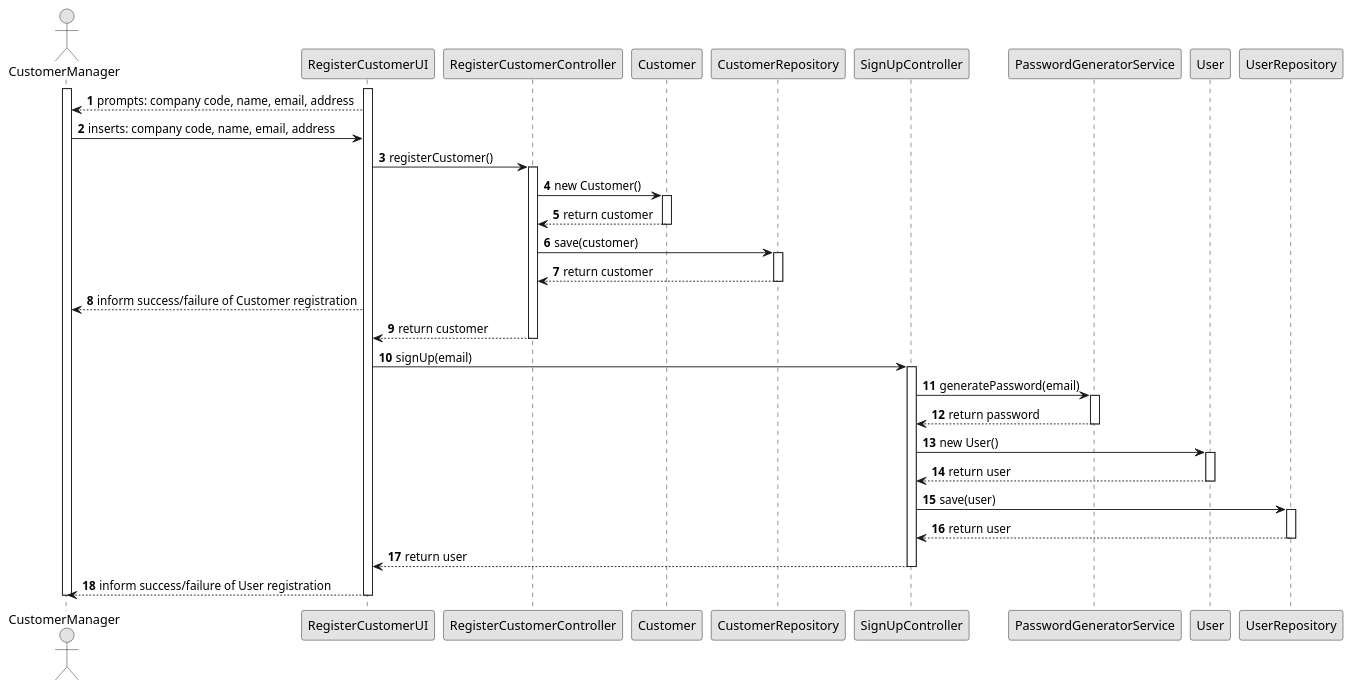
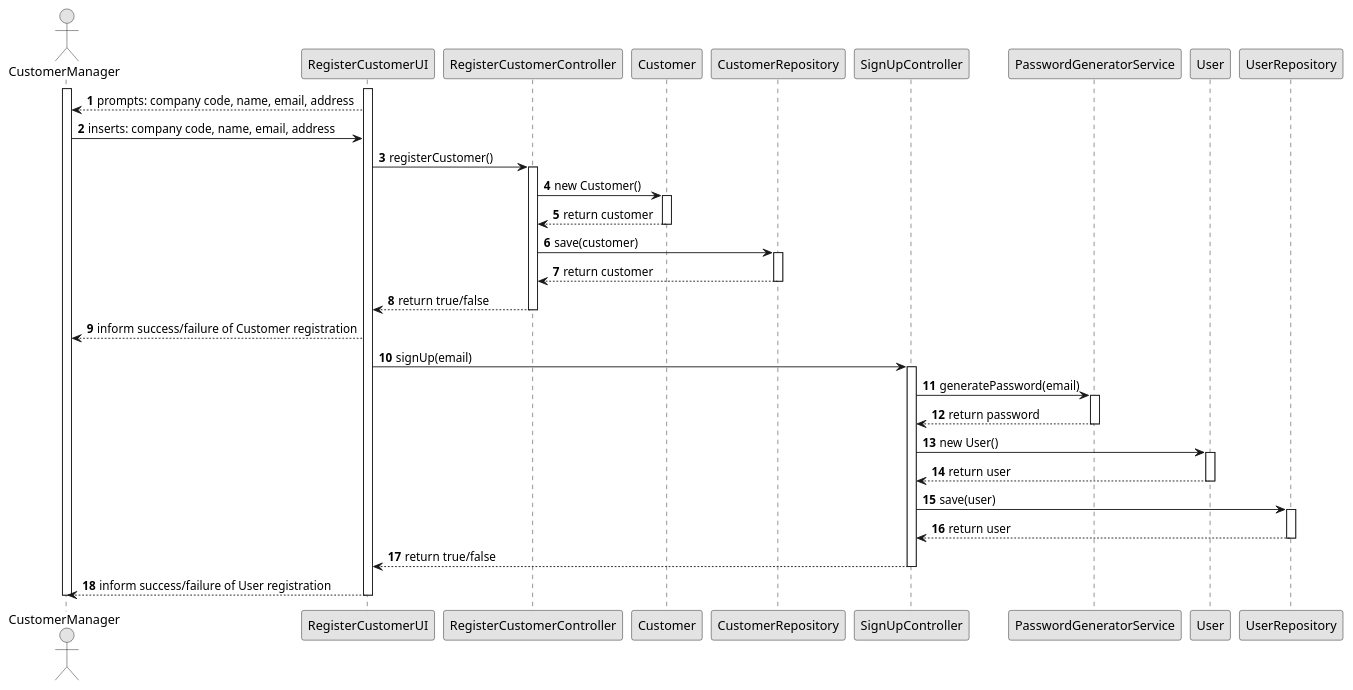
Before and after one commit to Goncalves2525/Jobs4U-Talent-Acquisition-Management-System: the diagram in docs/Sprint B/us_1001/sequence-diagram.puml, drawn with PlantUML. The commit also changed 25 other files, not shown here.

```diff
--- a/docs/Sprint B/us_1001/sequence-diagram.puml
+++ b/docs/Sprint B/us_1001/sequence-diagram.puml
@@ -1,63 +1,63 @@
 @startuml
 skinparam monochrome true
 skinparam packageStyle rectangle
 skinparam shadowing false
 
 autonumber
 
 'hide footbox
 actor "CustomerManager" as CM
 participant "RegisterCustomerUI" as UI
 participant "RegisterCustomerController" as CTRL
 participant "Customer" as C
 participant "CustomerRepository" as CREPO
 participant "SignUpController" as SCTRL
 participant "PasswordGeneratorService" as SVC
 participant "User" as USR
 participant "UserRepository" as UREPO
 
 
 
 
 
 activate CM
     activate UI
         UI --> CM : prompts: company code, name, email, address
         CM -> UI : inserts: company code, name, email, address
         UI -> CTRL : registerCustomer()
         activate CTRL
             CTRL -> C : new Customer()
             activate C
                 C --> CTRL : return customer
             deactivate C
             CTRL -> CREPO : save(customer)
             activate CREPO
                 CREPO --> CTRL : return customer
             deactivate CREPO
+                CTRL --> UI : return true/false
+        deactivate CTRL
                 UI --> CM : inform success/failure of Customer registration
-                CTRL --> UI : return customer
-        deactivate CTRL
                 UI -> SCTRL : signUp(email)
             activate SCTRL
                 SCTRL -> SVC : generatePassword(email)
                 activate SVC
                     SVC --> SCTRL : return password
                 deactivate SVC
                 SCTRL -> USR : new User()
                 activate USR
                     USR --> SCTRL : return user
                 deactivate USR
                 SCTRL -> UREPO : save(user)
                 activate UREPO
                     UREPO --> SCTRL : return user
                 deactivate UREPO
-                SCTRL --> UI : return user
+                SCTRL --> UI : return true/false
                 deactivate SCTRL
                 UI --> CM : inform success/failure of User registration
     deactivate UI
 deactivate CM
 
 
 
 
 @enduml
```
